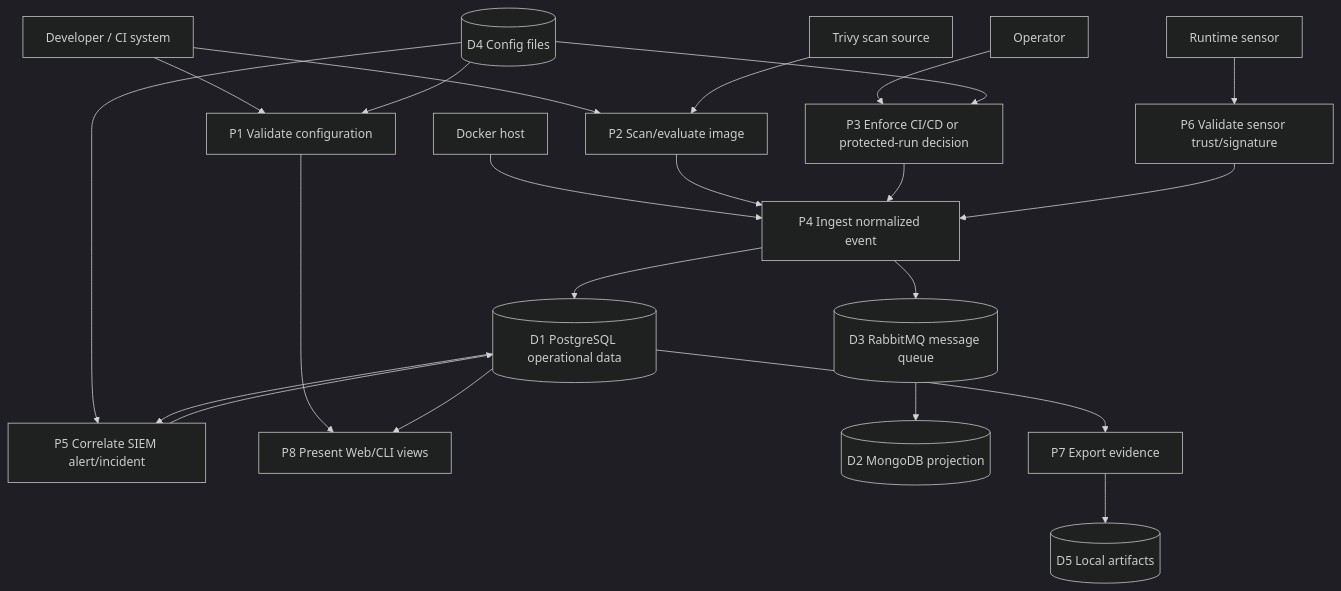
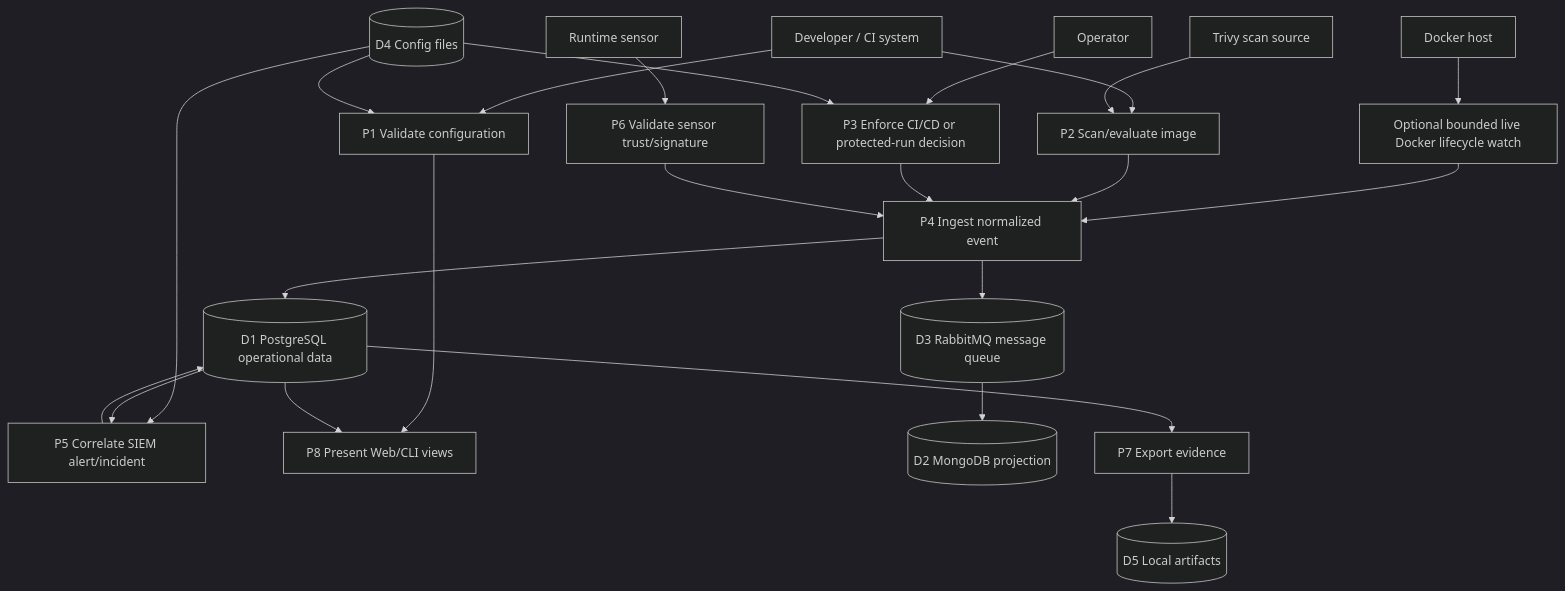
Before and after one commit to Vieyd/ConShield: the second of 4 diagrams in docs/DATA_FLOW_MODEL.md, drawn with Mermaid (dark theme). The commit also changed other lines of this file and 17 other files, not shown here.

Commit message:
Add live Docker lifecycle watch

````diff
--- a/docs/DATA_FLOW_MODEL.md
+++ b/docs/DATA_FLOW_MODEL.md
@@ -66,26 +66,27 @@
 ```mermaid
 flowchart TB
     CI["Developer / CI system"] --> P1["P1 Validate configuration"]
     CI --> P2["P2 Scan/evaluate image"]
     Operator --> P3["P3 Enforce CI/CD or protected-run decision"]
-    Docker["Docker host"] --> P4["P4 Ingest normalized event"]
+    Docker["Docker host"] --> Watch["Optional bounded live Docker lifecycle watch"]
+    Watch --> P4["P4 Ingest normalized event"]
     Sensor["Runtime sensor"] --> P6["P6 Validate sensor trust/signature"]
     Trivy["Trivy scan source"] --> P2
 
     D4[("D4 Config files")] --> P1
     D4 --> P3
     D4 --> P5["P5 Correlate SIEM alert/incident"]
 
     P1 --> P8["P8 Present Web/CLI views"]
     P2 --> P4
     P3 --> P4
     P6 --> P4
     P4 --> D1[("D1 PostgreSQL operational data")]
     P4 --> D3[("D3 RabbitMQ message queue")]
     D3 --> D2[("D2 MongoDB projection")]
     D1 --> P5
     P5 --> D1
     D1 --> P7["P7 Export evidence"]
     P7 --> D5[("D5 Local artifacts")]
     D1 --> P8
 ```
````
